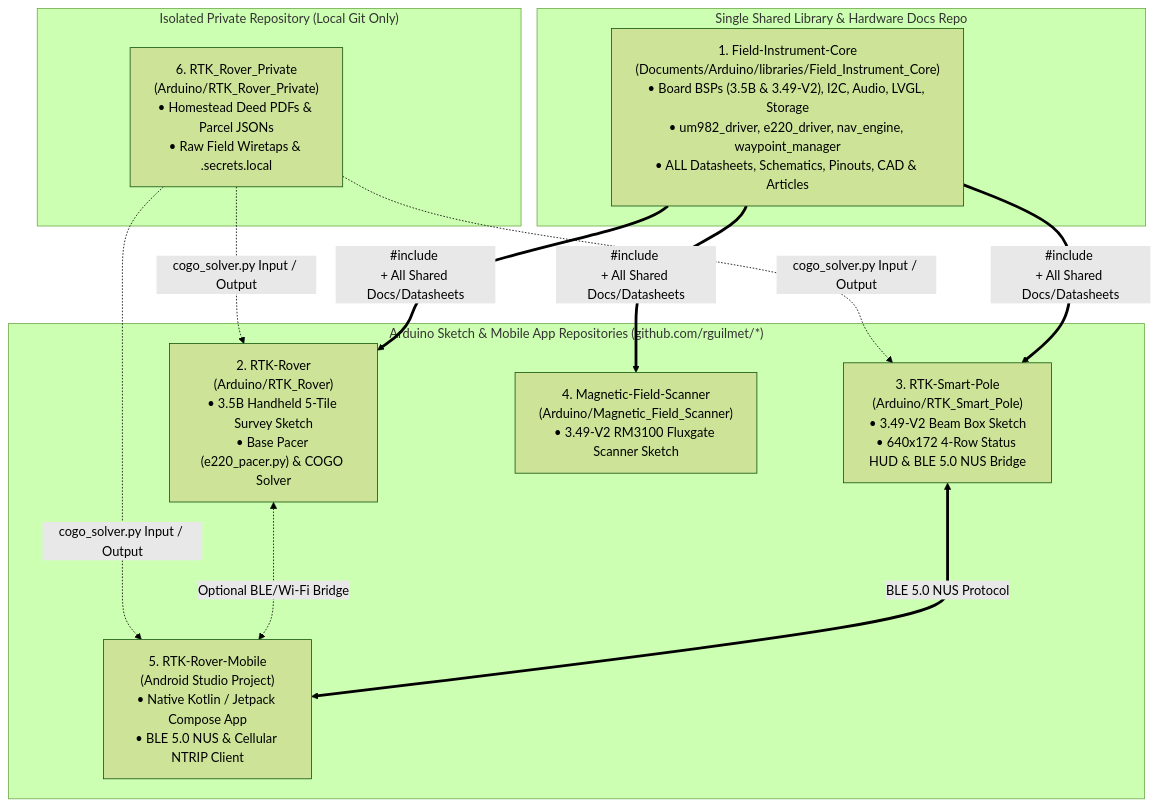
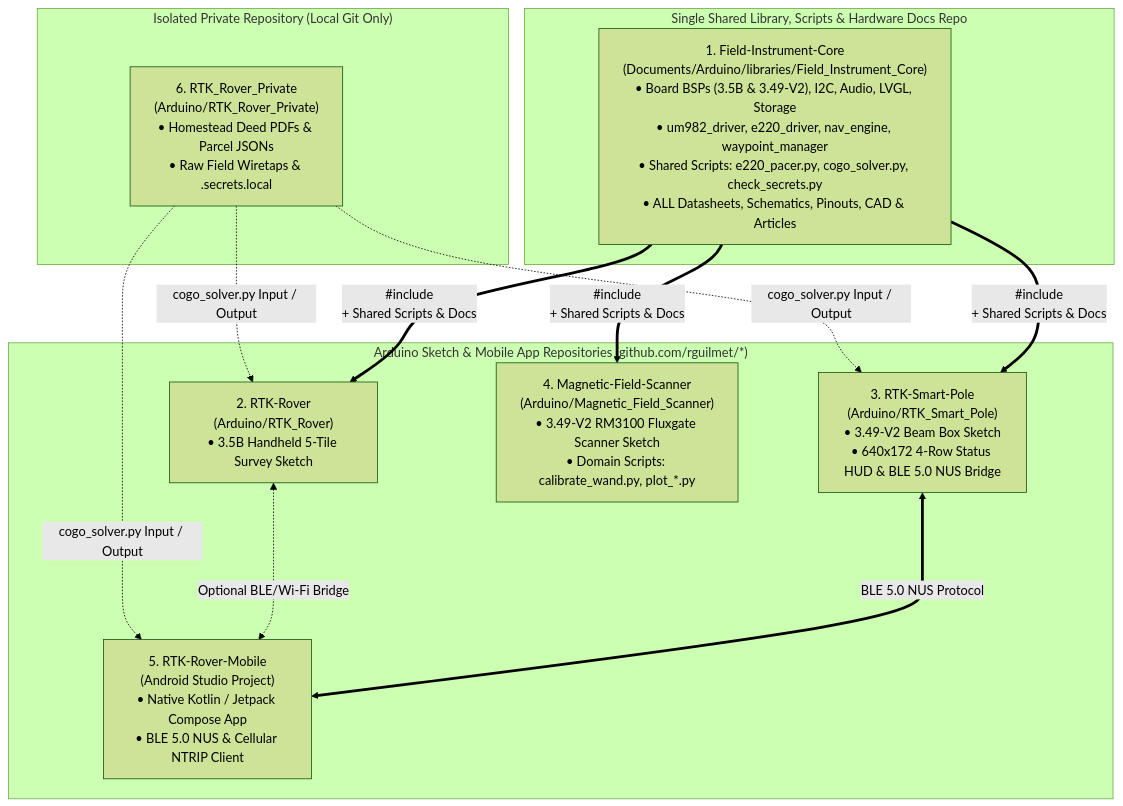
One commit to rguilmet/RTK-Rover changed the fourth of 5 diagrams in docs/plan_smart_pole_and_android_app.md. Above: the diagram before and after it, drawn with Mermaid (forest theme). The commit also changed other lines of this file and 1 other file, not shown here.

Commit message:
docs: Add shared vs domain script governance to Field_Instrument_Core plan (v2.5.0)

````diff
--- a/docs/plan_smart_pole_and_android_app.md
+++ b/docs/plan_smart_pole_and_android_app.md
@@ -443,22 +458,22 @@
 ```mermaid
 flowchart TD
-    subgraph SharedLib["Single Shared Library & Hardware Docs Repo"]
-        CORE["1. Field-Instrument-Core\n(Documents/Arduino/libraries/Field_Instrument_Core)\n• Board BSPs (3.5B & 3.49-V2), I2C, Audio, LVGL, Storage\n• um982_driver, e220_driver, nav_engine, waypoint_manager\n• ALL Datasheets, Schematics, Pinouts, CAD & Articles"]
+    subgraph SharedLib["Single Shared Library, Scripts & Hardware Docs Repo"]
+        CORE["1. Field-Instrument-Core\n(Documents/Arduino/libraries/Field_Instrument_Core)\n• Board BSPs (3.5B & 3.49-V2), I2C, Audio, LVGL, Storage\n• um982_driver, e220_driver, nav_engine, waypoint_manager\n• Shared Scripts: e220_pacer.py, cogo_solver.py, check_secrets.py\n• ALL Datasheets, Schematics, Pinouts, CAD & Articles"]
     end
 
     subgraph SketchRepos["Arduino Sketch & Mobile App Repositories (github.com/rguilmet/*)"]
-        ROVER["2. RTK-Rover\n(Arduino/RTK_Rover)\n• 3.5B Handheld 5-Tile Survey Sketch\n• Base Pacer (e220_pacer.py) & COGO Solver"]
+        ROVER["2. RTK-Rover\n(Arduino/RTK_Rover)\n• 3.5B Handheld 5-Tile Survey Sketch"]
         POLE["3. RTK-Smart-Pole\n(Arduino/RTK_Smart_Pole)\n• 3.49-V2 Beam Box Sketch\n• 640x172 4-Row Status HUD & BLE 5.0 NUS Bridge"]
-        MFS["4. Magnetic-Field-Scanner\n(Arduino/Magnetic_Field_Scanner)\n• 3.49-V2 RM3100 Fluxgate Scanner Sketch"]
+        MFS["4. Magnetic-Field-Scanner\n(Arduino/Magnetic_Field_Scanner)\n• 3.49-V2 RM3100 Fluxgate Scanner Sketch\n• Domain Scripts: calibrate_wand.py, plot_*.py"]
         MOBILE["5. RTK-Rover-Mobile\n(Android Studio Project)\n• Native Kotlin / Jetpack Compose App\n• BLE 5.0 NUS & Cellular NTRIP Client"]
     end
 
     subgraph PrivateRepo["Isolated Private Repository (Local Git Only)"]
         PRIV["6. RTK_Rover_Private\n(Arduino/RTK_Rover_Private)\n• Homestead Deed PDFs & Parcel JSONs\n• Raw Field Wiretaps & .secrets.local"]
     end
 
-    CORE ==>|#include <Field_Instrument_Core.h>\n+ All Shared Docs/Datasheets| ROVER & POLE & MFS
+    CORE ==>|#include <Field_Instrument_Core.h>\n+ Shared Scripts & Docs| ROVER & POLE & MFS
     POLE <===>|BLE 5.0 NUS Protocol| MOBILE
     ROVER <-.->|Optional BLE/Wi-Fi Bridge| MOBILE
     PRIV -.->|cogo_solver.py Input / Output| ROVER & POLE & MOBILE
 ```
````
